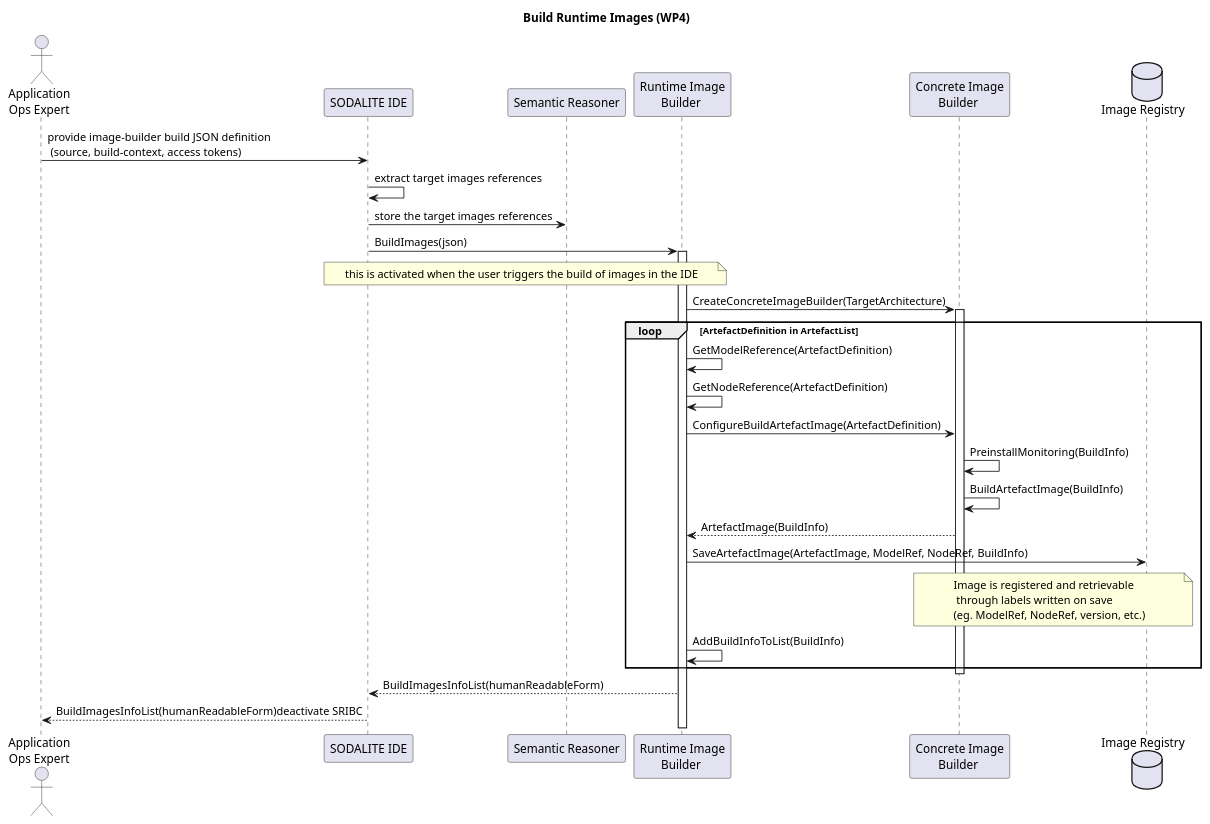
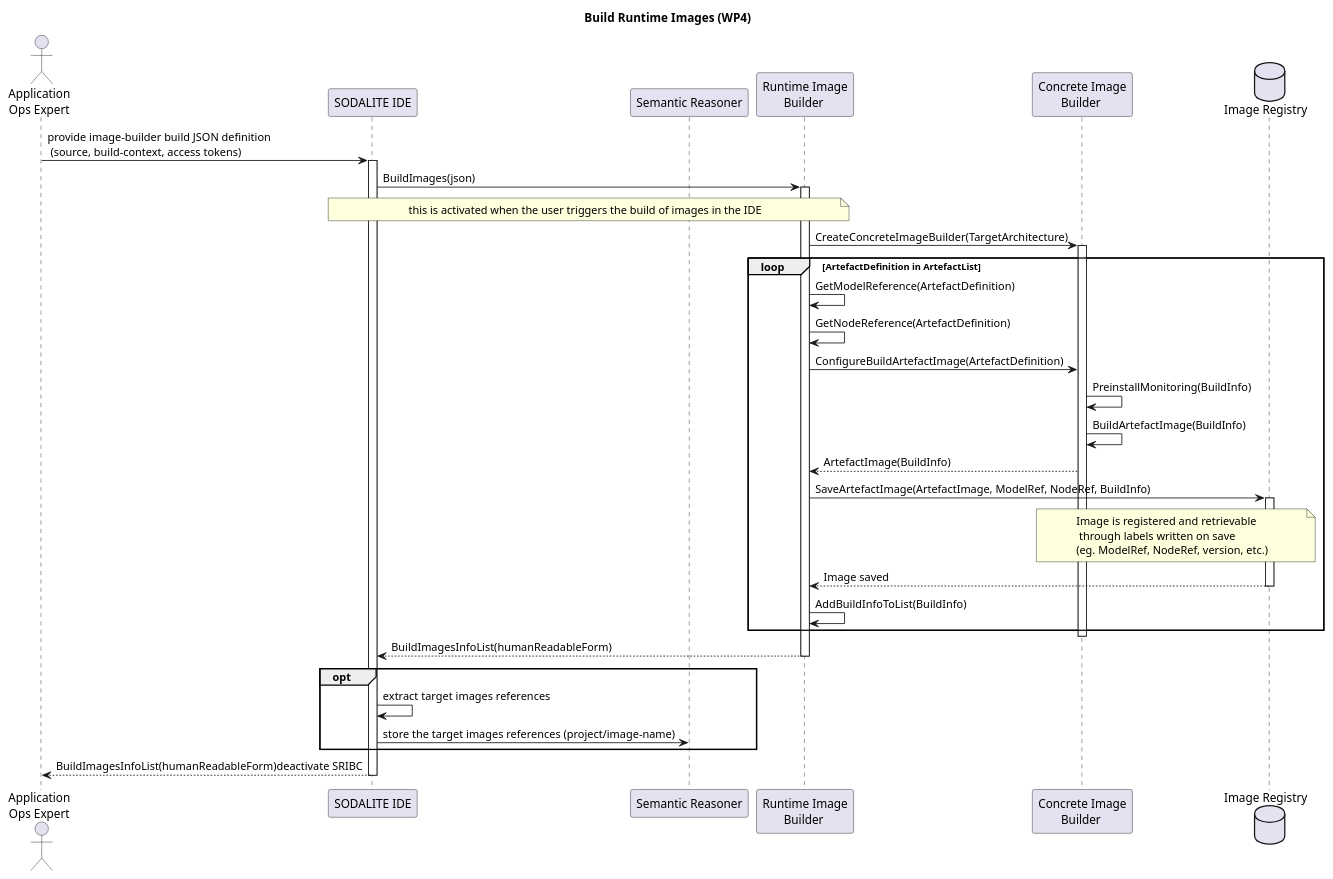
One commit to SODALITE-EU/project-wide-documentation changed the diagram in uml/sequence-diagrams/UC-16-BuildRuntimeImages-WP4.puml. Above: the diagram before and after it, drawn with PlantUML.

Commit message:
changes to building images (user triggered) and stored in kB

```diff
--- a/uml/sequence-diagrams/UC-16-BuildRuntimeImages-WP4.puml
+++ b/uml/sequence-diagrams/UC-16-BuildRuntimeImages-WP4.puml
@@ -1,47 +1,54 @@
 @startuml
 
 title Build Runtime Images (WP4)
 
 'Define user actors
 actor "Application\nOps Expert" as ops
 participant "SODALITE IDE" as editor
 participant "Semantic Reasoner" as reasoner
 participant "Runtime Image\nBuilder " as SRIBC
 participant "Concrete Image\nBuilder " as SCIBC
 database "Image Registry " as SIIR
 
 ops->editor: provide image-builder build JSON definition \n (source, build-context, access tokens)
-editor->editor: extract target images references
-editor->reasoner: store the target images references
-
+activate editor
 editor->SRIBC: BuildImages(json)
 
 note over editor, SRIBC: this is activated when the user triggers the build of images in the IDE
 
 activate SRIBC
 
 SRIBC->SCIBC: CreateConcreteImageBuilder(TargetArchitecture)
 activate SCIBC
 
 loop ArtefactDefinition in ArtefactList
     SRIBC->SRIBC: GetModelReference(ArtefactDefinition)
     SRIBC->SRIBC: GetNodeReference(ArtefactDefinition)
     SRIBC->SCIBC: ConfigureBuildArtefactImage(ArtefactDefinition)
     SCIBC->SCIBC: PreinstallMonitoring(BuildInfo)
     SCIBC->SCIBC: BuildArtefactImage(BuildInfo)
     SCIBC-->SRIBC: ArtefactImage(BuildInfo)
     'Save the resulting IaC and recipes together with build time information (errors, warnings, information, improvement suggestions - all addressing the abstract model)
     SRIBC->SIIR: SaveArtefactImage(ArtefactImage, ModelRef, NodeRef, BuildInfo)
+    activate SIIR
     note over SCIBC, SIIR: Image is registered and retrievable\n through labels written on save\n(eg. ModelRef, NodeRef, version, etc.)
+    SIIR-->SRIBC: Image saved
+    deactivate SIIR
 
     SRIBC->SRIBC: AddBuildInfoToList(BuildInfo)
 end
 
 deactivate SCIBC
 
 'Return the reference to compile/build time information (errors, warnings, information, improvement suggestions - all addressing the abstract model)
 SRIBC-->editor: BuildImagesInfoList(humanReadableForm)
+deactivate SRIBC
+opt
+    editor->editor: extract target images references
+    editor->reasoner: store the target images references (project/image-name)
+end
 editor-->ops: BuildImagesInfoList(humanReadableForm)deactivate SRIBC
+deactivate editor
 
 
 @enduml
```
